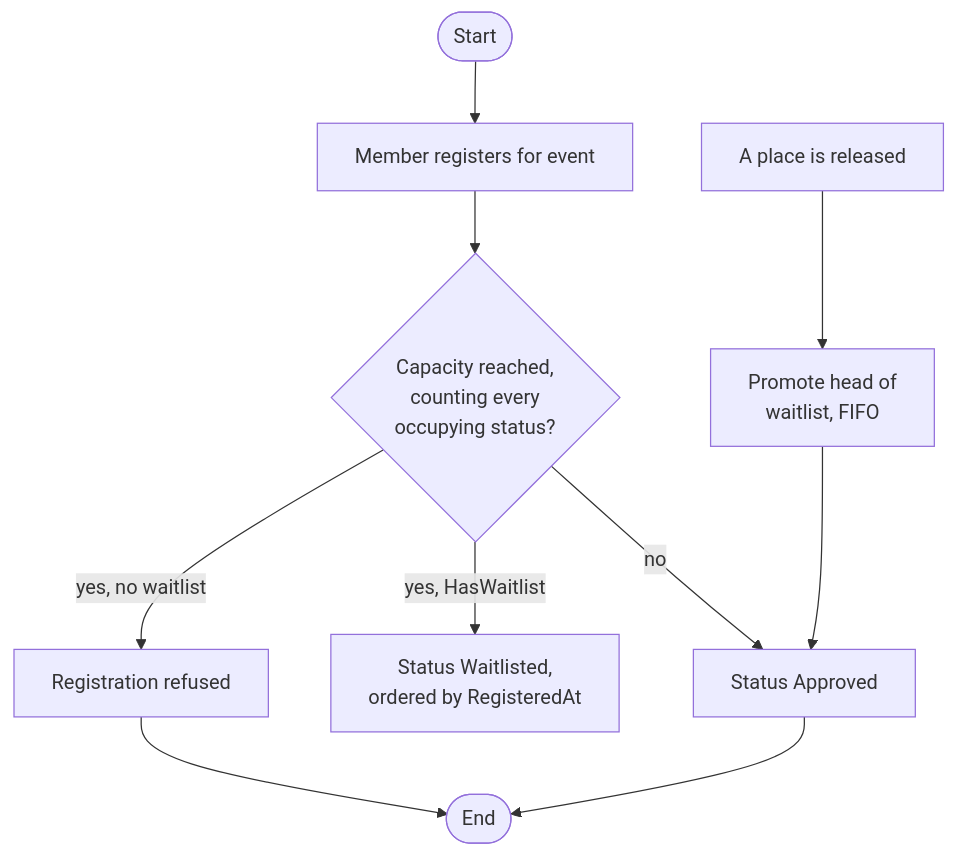
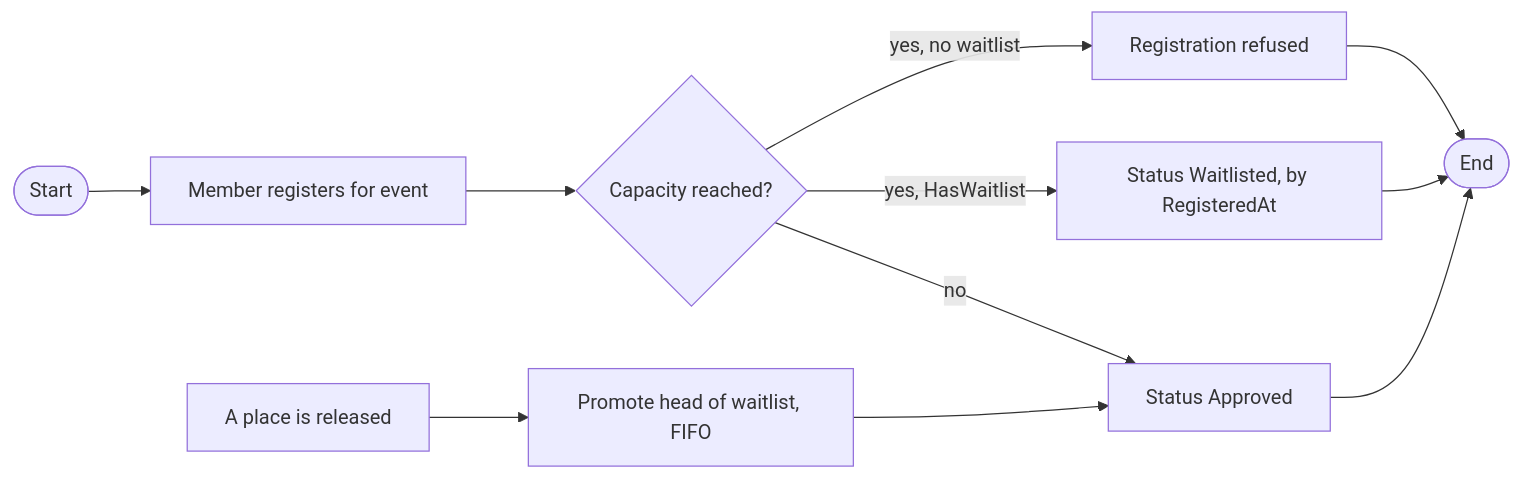
One commit to shalin-rahman/GHCAA changed the eighth of 19 diagrams in docs/book/05-system-analysis.md. Above: the diagram before and after it, drawn with Mermaid. The commit also changed other lines of this file and 42 other files, not shown here.

````diff
--- a/docs/book/05-system-analysis.md
+++ b/docs/book/05-system-analysis.md
@@ -376,12 +387,9 @@
 ```mermaid
-flowchart TB
+flowchart LR
     S([Start]) --> C1[Member registers for event]
-    C1 --> C2{Capacity reached,<br/>counting every<br/>occupying status?}
-    C2 -->|no| C3[Status Approved]
-    C2 -->|yes, HasWaitlist| C4[Status Waitlisted,<br/>ordered by RegisteredAt]
-    C2 -->|yes, no waitlist| C5[Registration refused]
-    C6[A place is released] --> C7[Promote head of<br/>waitlist, FIFO]
-    C7 --> C3
-    C3 --> E([End])
-    C5 --> E
+    C1 --> C2{Capacity reached?}
+    C2 -->|no| C3[Status Approved] --> E([End])
+    C2 -->|yes, HasWaitlist| C4[Status Waitlisted, by RegisteredAt] --> E
+    C2 -->|yes, no waitlist| C5[Registration refused] --> E
+    C6[A place is released] --> C7[Promote head of waitlist, FIFO] --> C3
 ```
````
